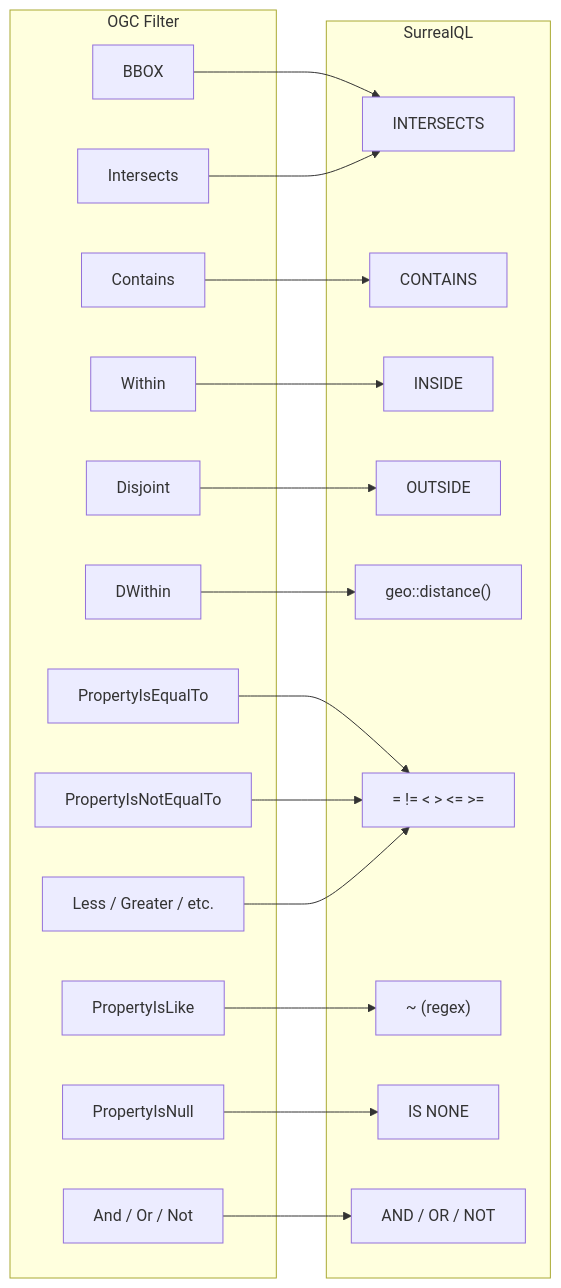
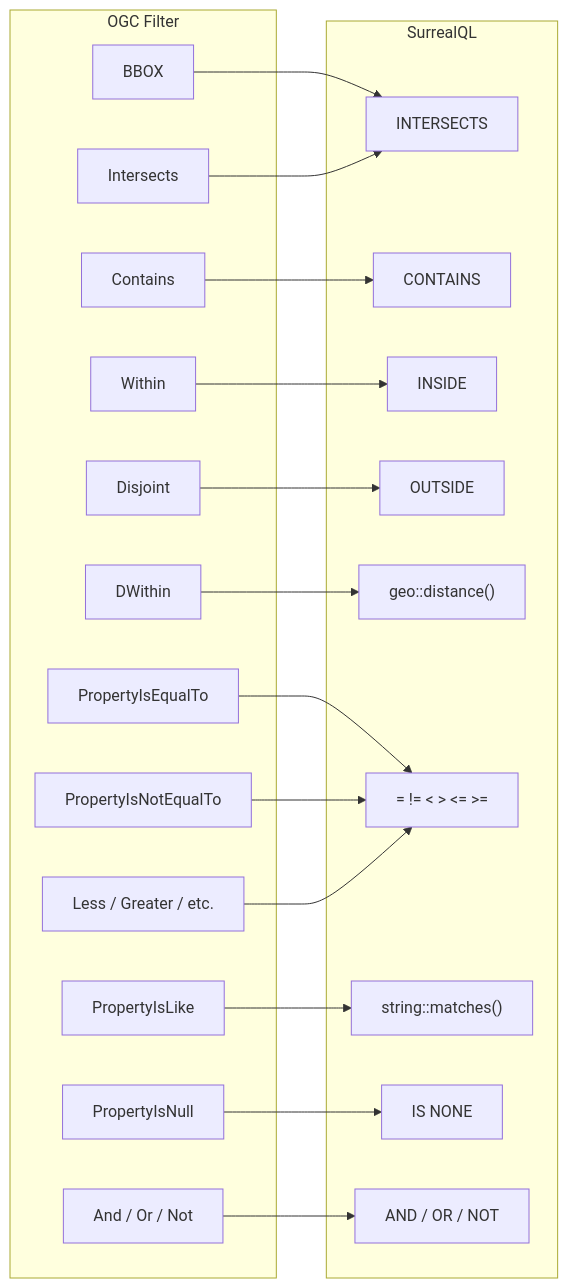
The third of 7 diagrams in README.md (nitin84india/surrealdb-geoserver-connector), drawn with Mermaid before and after one commit. The commit also changed other lines of this file, not shown here.

Commit message:
docs: update README for SCHEMALESS support, pure HTTP client, and SurrealDB v3 compatibility

````diff
--- a/README.md
+++ b/README.md
@@ -283,42 +296,42 @@
 ```mermaid
 flowchart LR
     subgraph OGC["OGC Filter"]
         BBOX["BBOX"]
         INT["Intersects"]
         CON["Contains"]
         WI["Within"]
         DIS["Disjoint"]
         DW["DWithin"]
         EQ["PropertyIsEqualTo"]
         NEQ["PropertyIsNotEqualTo"]
         LT["Less / Greater / etc."]
         LIKE["PropertyIsLike"]
         NULL["PropertyIsNull"]
         AND["And / Or / Not"]
     end
 
     subgraph SurrealQL["SurrealQL"]
         S_INT["INTERSECTS"]
         S_CON["CONTAINS"]
         S_INS["INSIDE"]
         S_OUT["OUTSIDE"]
         S_DIST["geo::distance()"]
         S_CMP["= != < > <= >="]
-        S_RE["~ (regex)"]
+        S_RE["string::matches()"]
         S_NONE["IS NONE"]
         S_LOGIC["AND / OR / NOT"]
     end
 
     BBOX --> S_INT
     INT --> S_INT
     CON --> S_CON
     WI --> S_INS
     DIS --> S_OUT
     DW --> S_DIST
     EQ --> S_CMP
     NEQ --> S_CMP
     LT --> S_CMP
     LIKE --> S_RE
     NULL --> S_NONE
     AND --> S_LOGIC
 ```
````
